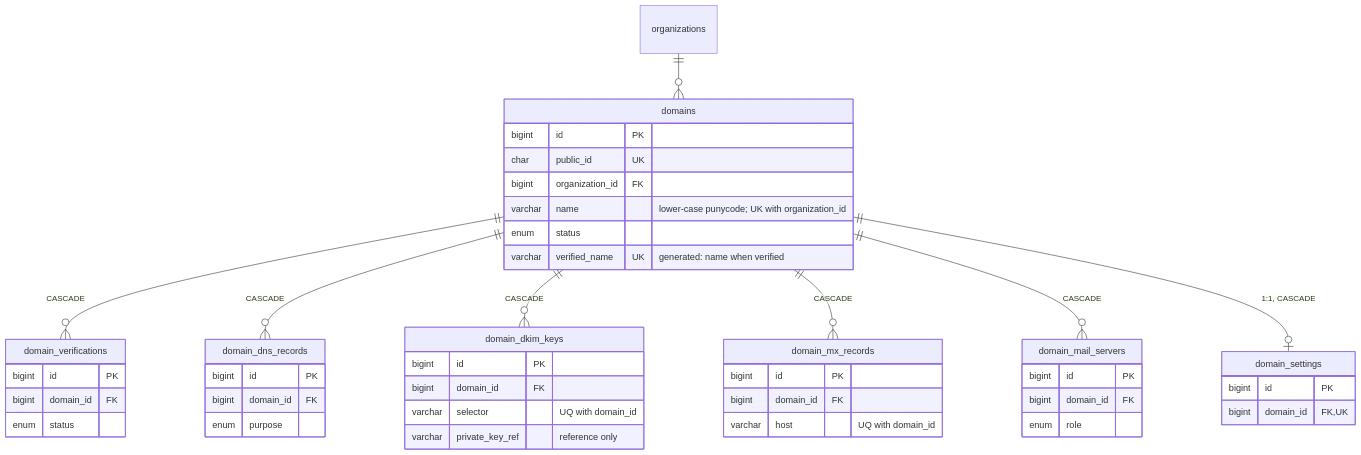
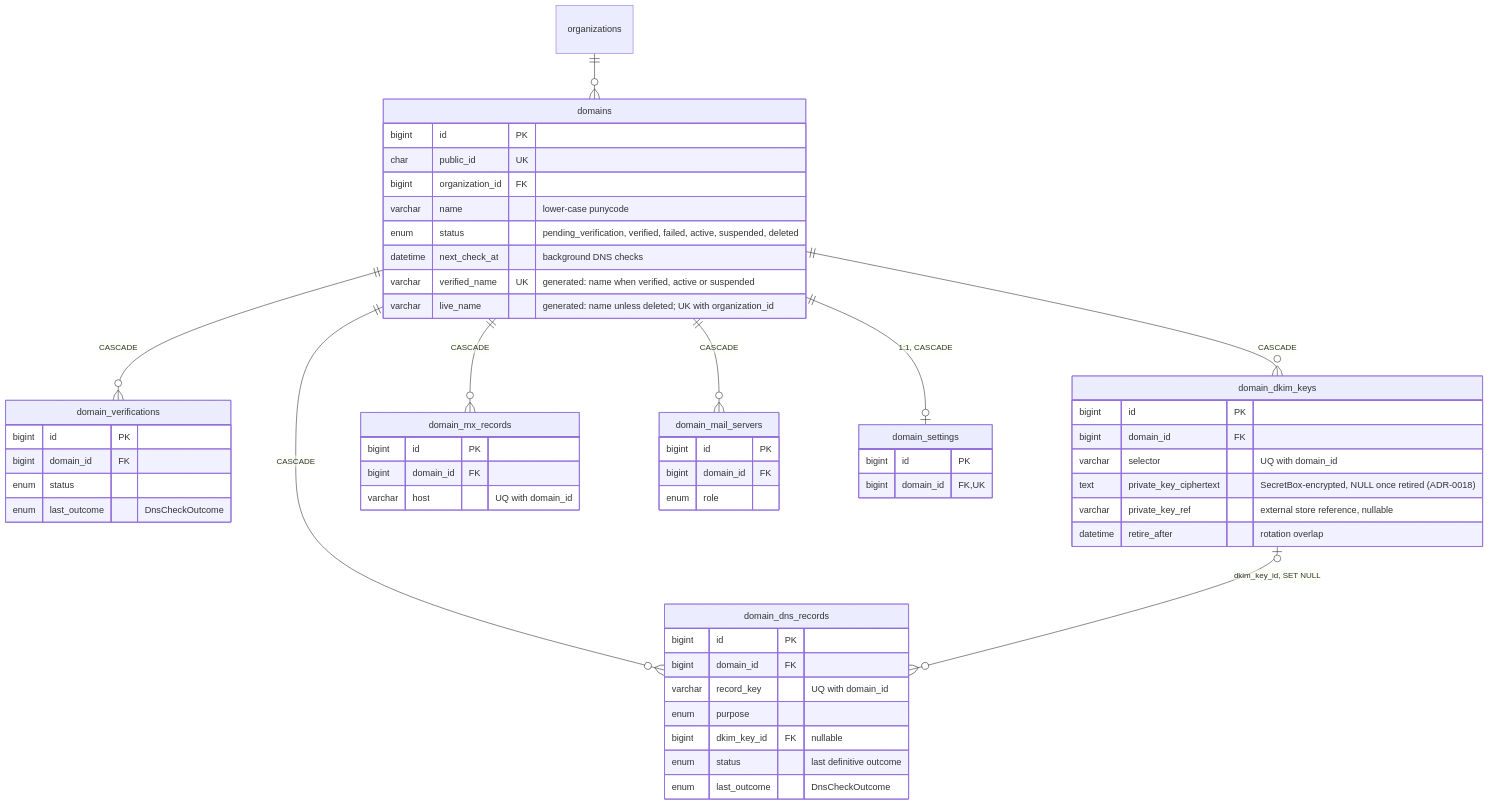
The fourth of 11 diagrams in docs/database/er-diagram.md (mnnitsarvesh-ai/email-gateway), drawn with Mermaid before and after one commit. The commit also changed 147 other files, not shown here.

````diff
--- a/docs/database/er-diagram.md
+++ b/docs/database/er-diagram.md
@@ -207,48 +207,58 @@
 ```mermaid
 erDiagram
   organizations ||--o{ domains : ""
   domains ||--o{ domain_verifications : "CASCADE"
   domains ||--o{ domain_dns_records : "CASCADE"
   domains ||--o{ domain_dkim_keys : "CASCADE"
   domains ||--o{ domain_mx_records : "CASCADE"
   domains ||--o{ domain_mail_servers : "CASCADE"
   domains ||--o| domain_settings : "1:1, CASCADE"
+  domain_dkim_keys |o--o{ domain_dns_records : "dkim_key_id, SET NULL"
   domains {
     bigint id PK
     char public_id UK
     bigint organization_id FK
-    varchar name "lower-case punycode; UK with organization_id"
-    enum status
-    varchar verified_name UK "generated: name when verified"
+    varchar name "lower-case punycode"
+    enum status "pending_verification, verified, failed, active, suspended, deleted"
+    datetime next_check_at "background DNS checks"
+    varchar verified_name UK "generated: name when verified, active or suspended"
+    varchar live_name "generated: name unless deleted; UK with organization_id"
   }
   domain_verifications {
     bigint id PK
     bigint domain_id FK
     enum status
+    enum last_outcome "DnsCheckOutcome"
   }
   domain_dns_records {
     bigint id PK
     bigint domain_id FK
+    varchar record_key "UQ with domain_id"
     enum purpose
+    bigint dkim_key_id FK "nullable"
+    enum status "last definitive outcome"
+    enum last_outcome "DnsCheckOutcome"
   }
   domain_dkim_keys {
     bigint id PK
     bigint domain_id FK
     varchar selector "UQ with domain_id"
-    varchar private_key_ref "reference only"
+    text private_key_ciphertext "SecretBox-encrypted, NULL once retired (ADR-0018)"
+    varchar private_key_ref "external store reference, nullable"
+    datetime retire_after "rotation overlap"
   }
   domain_mx_records {
     bigint id PK
     bigint domain_id FK
     varchar host "UQ with domain_id"
   }
   domain_mail_servers {
     bigint id PK
     bigint domain_id FK
     enum role
   }
   domain_settings {
     bigint id PK
     bigint domain_id FK,UK
   }
 ```
````
